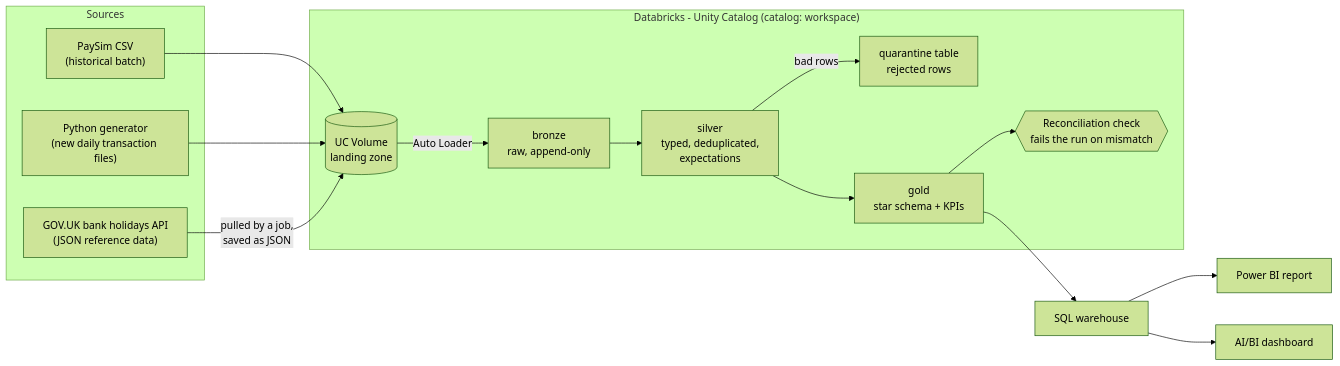
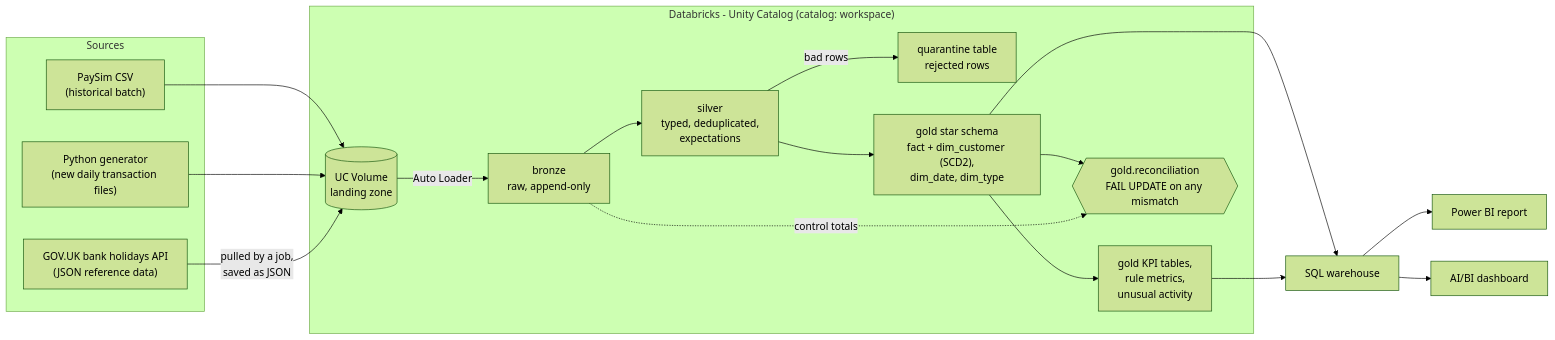
Before and after one commit to Babu3097/payments-fraud-lakehouse: the diagram in docs/architecture.md, drawn with Mermaid (forest theme). The commit also changed other lines of this file and 8 other files, not shown here.

First line of the commit message:
Verify gold, document the model and KPIs, record the layout measurement

````diff
--- a/docs/architecture.md
+++ b/docs/architecture.md
@@ -10,29 +12,33 @@
 ```mermaid
 flowchart LR
     subgraph Sources
         A["PaySim CSV<br/>(historical batch)"]
         B["Python generator<br/>(new daily transaction files)"]
         C["GOV.UK bank holidays API<br/>(JSON reference data)"]
     end
 
     subgraph DBX["Databricks - Unity Catalog (catalog: workspace)"]
         V[("UC Volume<br/>landing zone")]
         BR["bronze<br/>raw, append-only"]
         SI["silver<br/>typed, deduplicated,<br/>expectations"]
         QU["quarantine table<br/>rejected rows"]
-        GO["gold<br/>star schema + KPIs"]
-        REC{{"Reconciliation check<br/>fails the run on mismatch"}}
+        GO["gold star schema<br/>fact + dim_customer (SCD2),<br/>dim_date, dim_type"]
+        KP["gold KPI tables,<br/>rule metrics,<br/>unusual activity"]
+        REC{{"gold.reconciliation<br/>FAIL UPDATE on any mismatch"}}
     end
 
     A --> V
     B --> V
     C -->|"pulled by a job,<br/>saved as JSON"| V
     V -->|Auto Loader| BR
     BR --> SI
     SI -->|bad rows| QU
     SI --> GO
+    GO --> KP
     GO --> REC
+    BR -.->|"control totals"| REC
     GO --> WH["SQL warehouse"]
+    KP --> WH
     WH --> PBI["Power BI report"]
     WH --> DASH["AI/BI dashboard"]
 ```
````
